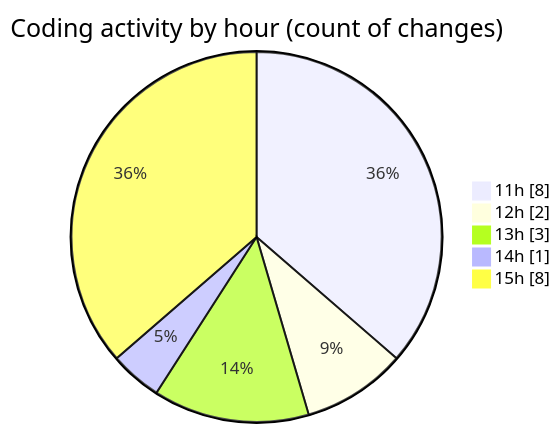
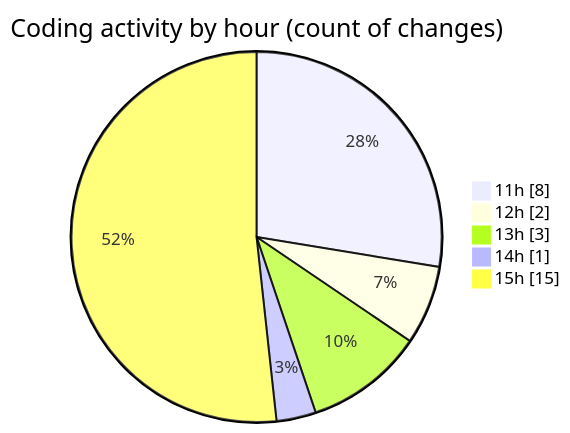
The second of 2 diagrams in 2025-07-04/argos/README.md (nxtqubesakshisongat/code-tracking), drawn with Mermaid before and after one commit. The commit also changed other lines of this file and 1 other file, not shown here.

````diff
--- a/2025-07-04/argos/README.md
+++ b/2025-07-04/argos/README.md
@@ -30,9 +30,9 @@
 ```mermaid
 pie showData
 title Coding activity by hour (count of changes)
 "11h" : 8
 "12h" : 2
 "13h" : 3
 "14h" : 1
-"15h" : 8
+"15h" : 15
 ```
````
